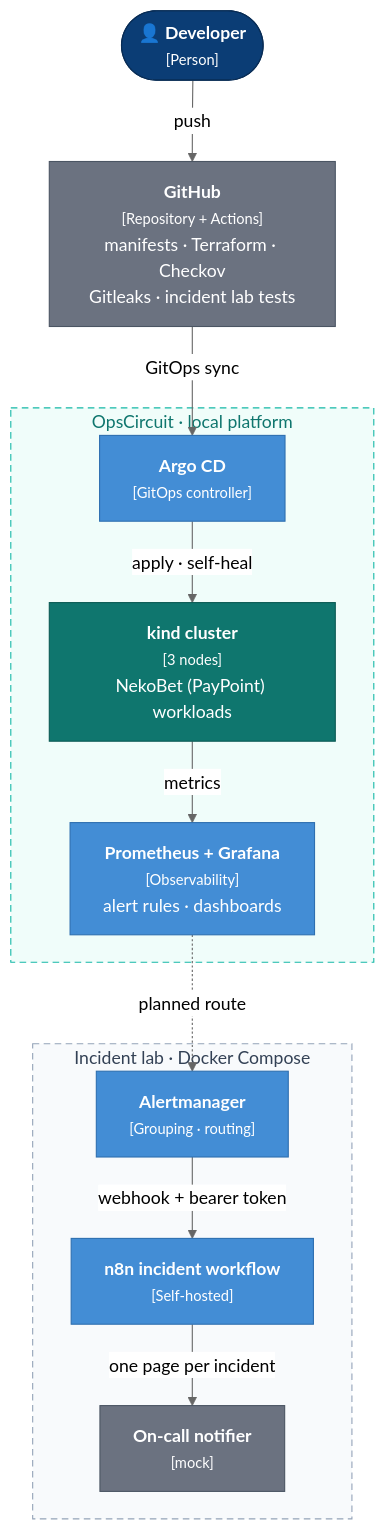
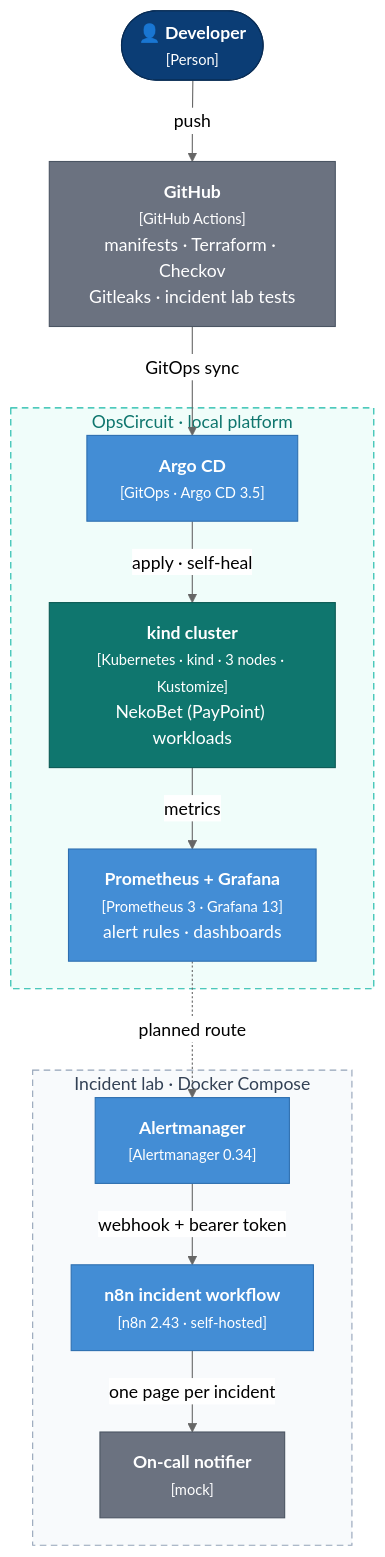
Before and after one commit to vzuliani97/vzuliani97.github.io: the diagram in diagrams/opscircuit-context.mmd, drawn with Mermaid (neutral theme). The commit also changed 5 other files, not shown here.

Commit message:
feat: stack by layer with versions on every case study; frameworks named in the container diagrams

```diff
--- a/diagrams/opscircuit-context.mmd
+++ b/diagrams/opscircuit-context.mmd
@@ -1,29 +1,29 @@
 flowchart TB
   D(["👤 <b>Developer</b><br/><small>[Person]</small>"]):::person
-  G["<b>GitHub</b><br/><small>[Repository + Actions]</small><br/>manifests · Terraform · Checkov<br/>Gitleaks · incident lab tests"]:::external
+  G["<b>GitHub</b><br/><small>[GitHub Actions]</small><br/>manifests · Terraform · Checkov<br/>Gitleaks · incident lab tests"]:::external
   subgraph platform["OpsCircuit · local platform"]
-    AR["<b>Argo CD</b><br/><small>[GitOps controller]</small>"]:::container
-    K["<b>kind cluster</b><br/><small>[3 nodes]</small><br/>NekoBet (PayPoint) workloads"]:::system
-    PR["<b>Prometheus + Grafana</b><br/><small>[Observability]</small><br/>alert rules · dashboards"]:::container
+    AR["<b>Argo CD</b><br/><small>[GitOps · Argo CD 3.5]</small>"]:::container
+    K["<b>kind cluster</b><br/><small>[Kubernetes · kind · 3 nodes · Kustomize]</small><br/>NekoBet (PayPoint) workloads"]:::system
+    PR["<b>Prometheus + Grafana</b><br/><small>[Prometheus 3 · Grafana 13]</small><br/>alert rules · dashboards"]:::container
   end
   subgraph lab["Incident lab · Docker Compose"]
-    AM["<b>Alertmanager</b><br/><small>[Grouping · routing]</small>"]:::container
-    N8["<b>n8n incident workflow</b><br/><small>[Self-hosted]</small>"]:::container
+    AM["<b>Alertmanager</b><br/><small>[Alertmanager 0.34]</small>"]:::container
+    N8["<b>n8n incident workflow</b><br/><small>[n8n 2.43 · self-hosted]</small>"]:::container
     OC["<b>On-call notifier</b><br/><small>[mock]</small>"]:::external
   end
   D -->|"push"| G
   G -->|"GitOps sync"| AR
   AR -->|"apply · self-heal"| K
   K -->|"metrics"| PR
   PR -.->|"planned route"| AM
   AM -->|"webhook + bearer token"| N8
   N8 -->|"one page per incident"| OC
 
   classDef person fill:#0b3d75,stroke:#082c55,color:#ffffff
   classDef container fill:#438dd5,stroke:#2e6fb0,color:#ffffff
   classDef store fill:#155e75,stroke:#0e4a5c,color:#ffffff
   classDef external fill:#6b7280,stroke:#4b5563,color:#ffffff
   classDef planned fill:#ffffff,stroke:#94a3b8,stroke-dasharray:6 4,color:#475569
   classDef system fill:#0f766e,stroke:#0b5a54,color:#ffffff
   style platform fill:#f0fdfa,stroke:#14b8a6,stroke-dasharray:6 4,color:#0f766e
   style lab fill:#f8fafc,stroke:#94a3b8,stroke-dasharray:6 4,color:#334155
```
